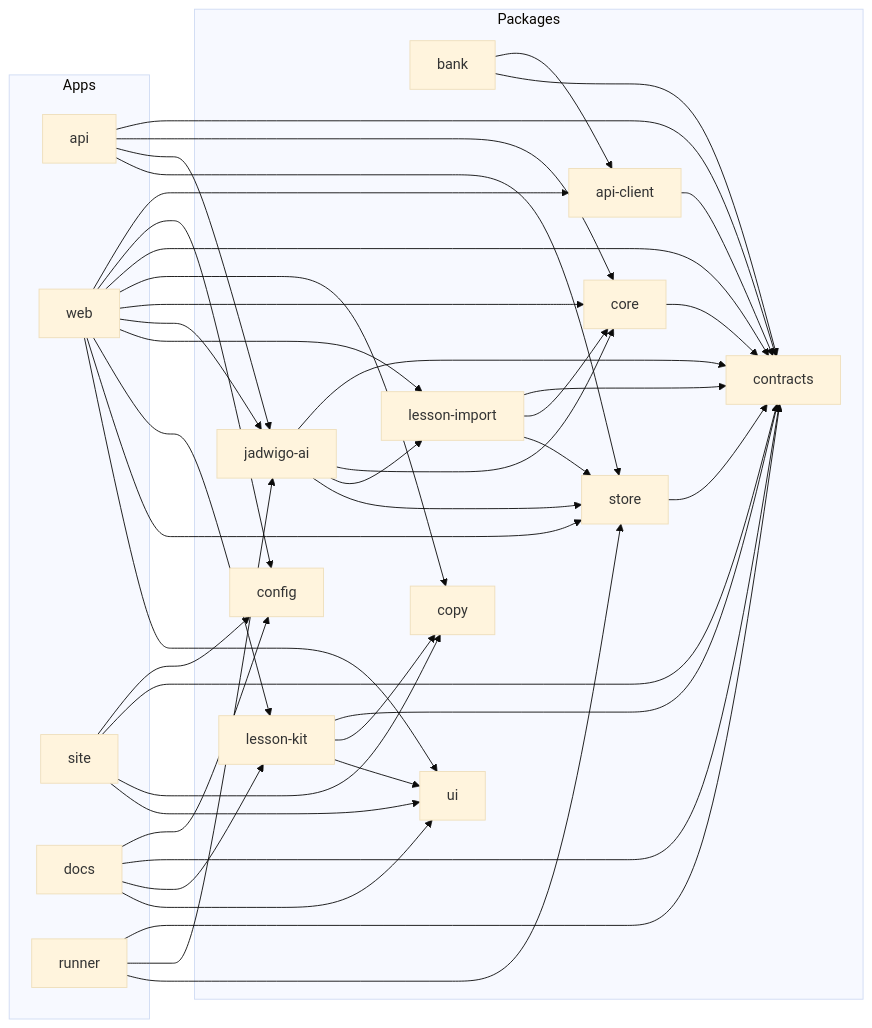
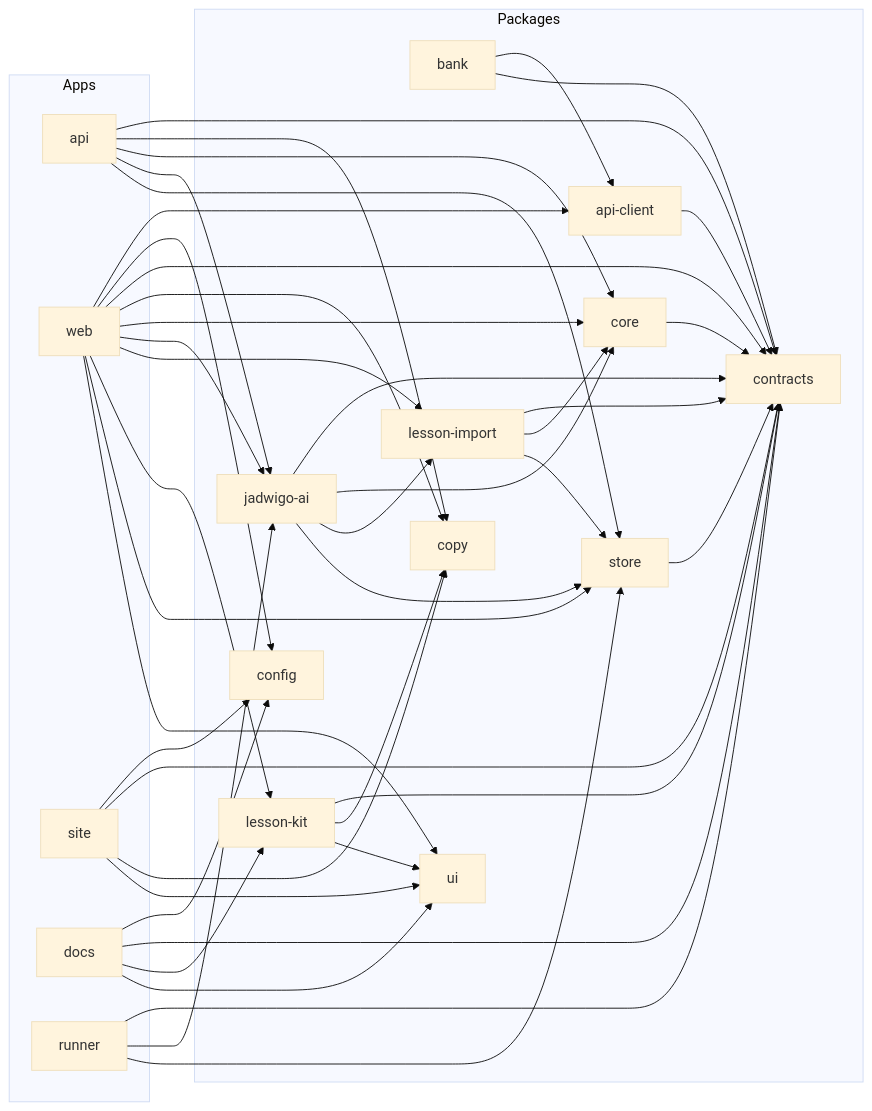
The diagram in apps/docs/src/content/docs/architecture/monorepo.md (vasyl-stanislavchuk/jadwigo-hackathon), drawn with Mermaid (base theme) before and after one commit. The commit also changed 66 other files, not shown here.

````diff
--- a/apps/docs/src/content/docs/architecture/monorepo.md
+++ b/apps/docs/src/content/docs/architecture/monorepo.md
@@ -20,63 +20,64 @@
 ```mermaid
 flowchart LR
   subgraph apps [Apps]
     api
     web
     site
     docs
     runner
   end
   subgraph packages [Packages]
     api_client["api-client"]
     bank
     config
     contracts
     copy
     core
     jadwigo_ai["jadwigo-ai"]
     lesson_import["lesson-import"]
     lesson_kit["lesson-kit"]
     store
     ui
   end
   api --> contracts
+  api --> copy
   api --> core
   api --> jadwigo_ai
   api --> store
   web --> api_client
   web --> config
   web --> contracts
   web --> copy
   web --> core
   web --> jadwigo_ai
   web --> lesson_import
   web --> lesson_kit
   web --> store
   web --> ui
   site --> config
   site --> contracts
   site --> copy
   site --> ui
   docs --> config
   docs --> contracts
   docs --> lesson_kit
   docs --> ui
   runner --> contracts
   runner --> jadwigo_ai
   runner --> store
   api_client --> contracts
   bank --> api_client
   bank --> contracts
   core --> contracts
   jadwigo_ai --> contracts
   jadwigo_ai --> core
   jadwigo_ai --> lesson_import
   jadwigo_ai --> store
   lesson_import --> contracts
   lesson_import --> core
   lesson_import --> store
   lesson_kit --> contracts
   lesson_kit --> copy
   lesson_kit --> ui
   store --> contracts
 ```
````
